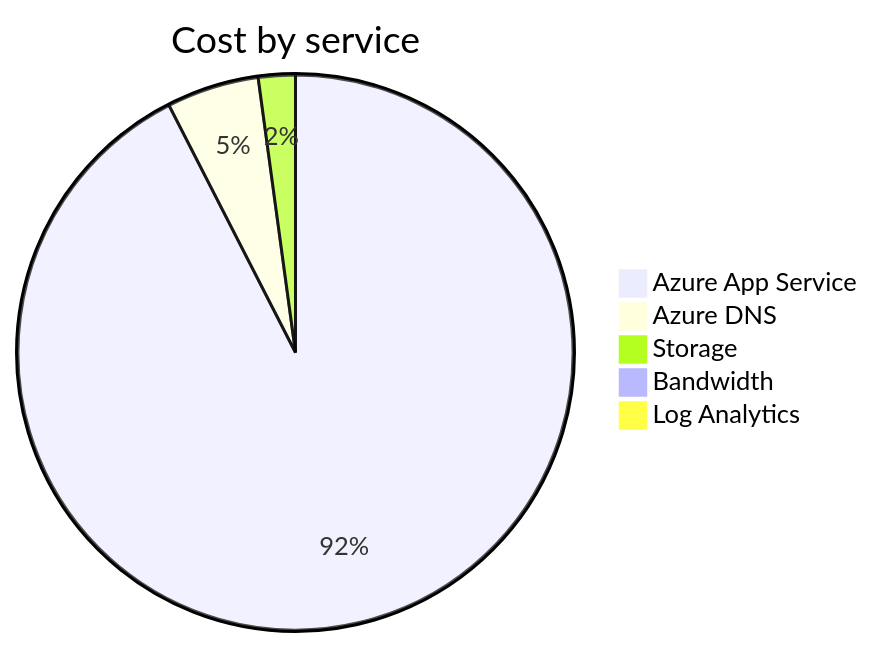
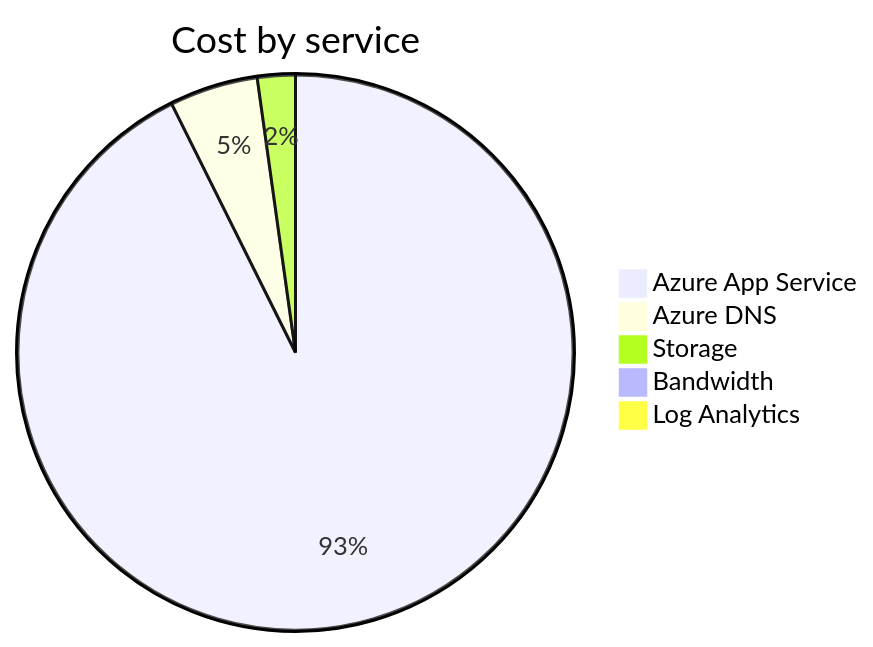
The second of 4 diagrams in cost-reports/accumulated-cost.md (jpfulton/azure-personal-reports), drawn with Mermaid before and after one commit. The commit also changed other lines of this file and 4 other files, not shown here.

````diff
--- a/cost-reports/accumulated-cost.md
+++ b/cost-reports/accumulated-cost.md
@@ -97,9 +97,9 @@
 ```mermaid
 pie
    title Cost by service
-   "Azure App Service" : 0.86
-   "Azure DNS" : 0.05
-   "Storage" : 0.02
+   "Azure App Service" : 1.26
+   "Azure DNS" : 0.07
+   "Storage" : 0.03
    "Bandwidth" : 0.00
    "Log Analytics" : 0.00
 ```
````
